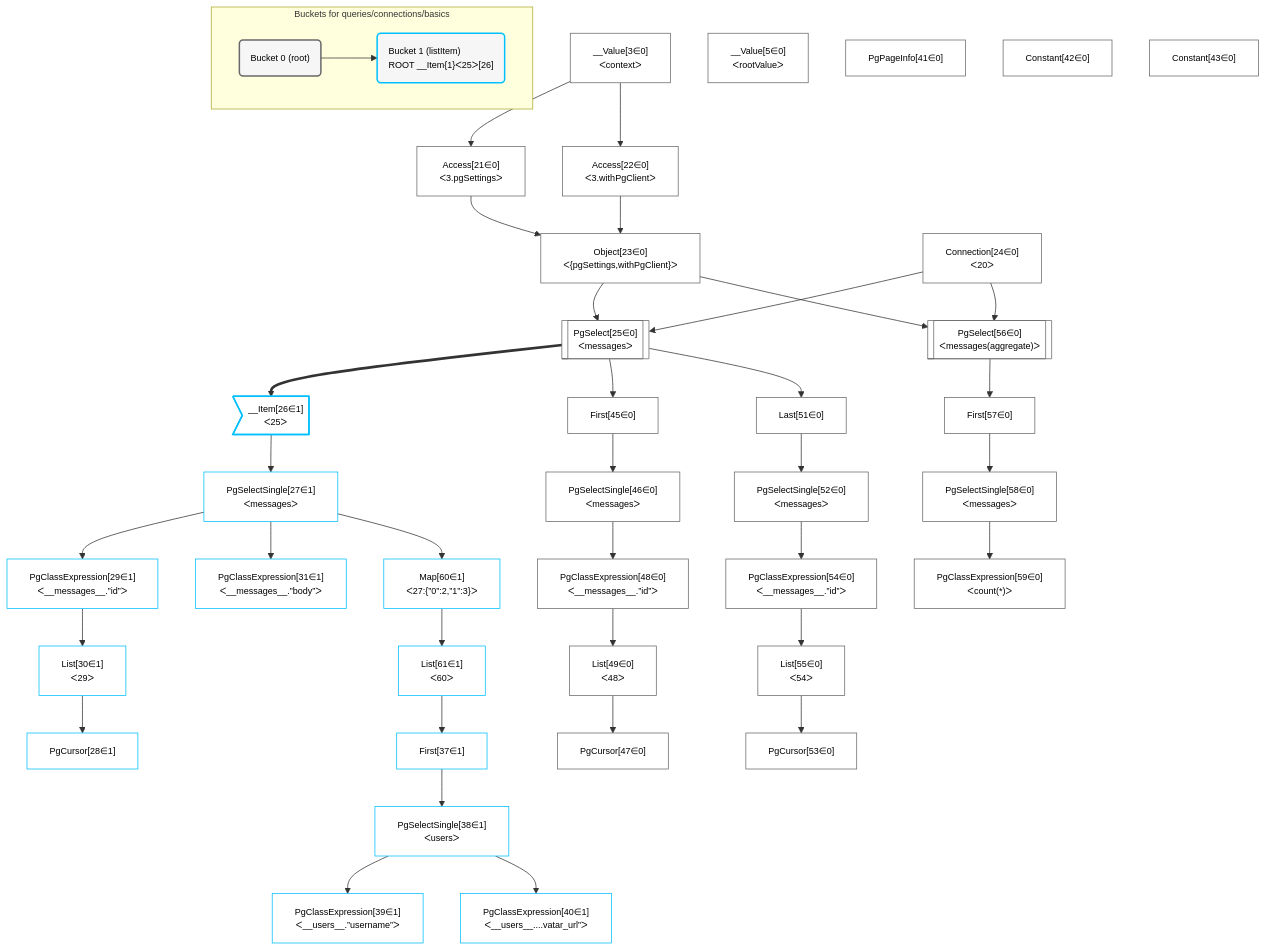
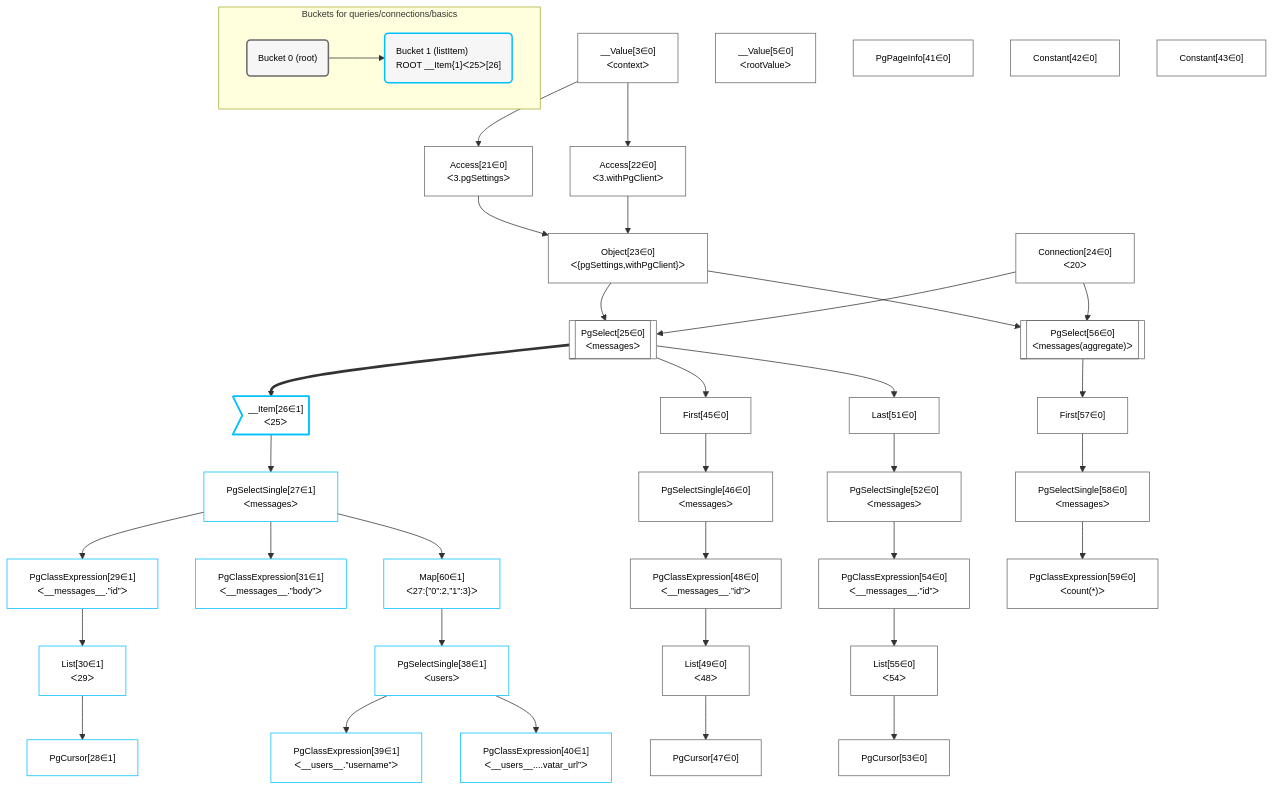
Before and after one commit to graphile/crystal: the diagram in grafast/dataplan-pg/__tests__/queries/connections/basics.mermaid, drawn with Mermaid. The commit also changed 55 other files, not shown here.

Commit message:
Update mermaid diagrams

```diff
--- a/grafast/dataplan-pg/__tests__/queries/connections/basics.mermaid
+++ b/grafast/dataplan-pg/__tests__/queries/connections/basics.mermaid
@@ -1,88 +1,84 @@
 %%{init: {'themeVariables': { 'fontSize': '12px'}}}%%
 graph TD
     classDef path fill:#eee,stroke:#000,color:#000
     classDef plan fill:#fff,stroke-width:1px,color:#000
     classDef itemplan fill:#fff,stroke-width:2px,color:#000
     classDef sideeffectplan fill:#f00,stroke-width:2px,color:#000
     classDef bucket fill:#f6f6f6,color:#000,stroke-width:2px,text-align:left
 
 
     %% define steps
     __Value3["__Value[3∈0]<br />ᐸcontextᐳ"]:::plan
     __Value5["__Value[5∈0]<br />ᐸrootValueᐳ"]:::plan
     Access21["Access[21∈0]<br />ᐸ3.pgSettingsᐳ"]:::plan
     Access22["Access[22∈0]<br />ᐸ3.withPgClientᐳ"]:::plan
     Object23["Object[23∈0]<br />ᐸ{pgSettings,withPgClient}ᐳ"]:::plan
     Connection24["Connection[24∈0]<br />ᐸ20ᐳ"]:::plan
     PgSelect25[["PgSelect[25∈0]<br />ᐸmessagesᐳ"]]:::plan
     __Item26>"__Item[26∈1]<br />ᐸ25ᐳ"]:::itemplan
     PgSelectSingle27["PgSelectSingle[27∈1]<br />ᐸmessagesᐳ"]:::plan
     PgClassExpression29["PgClassExpression[29∈1]<br />ᐸ__messages__.”id”ᐳ"]:::plan
     List30["List[30∈1]<br />ᐸ29ᐳ"]:::plan
     PgCursor28["PgCursor[28∈1]"]:::plan
     PgClassExpression31["PgClassExpression[31∈1]<br />ᐸ__messages__.”body”ᐳ"]:::plan
     Map60["Map[60∈1]<br />ᐸ27:{”0”:2,”1”:3}ᐳ"]:::plan
-    List61["List[61∈1]<br />ᐸ60ᐳ"]:::plan
-    First37["First[37∈1]"]:::plan
     PgSelectSingle38["PgSelectSingle[38∈1]<br />ᐸusersᐳ"]:::plan
     PgClassExpression39["PgClassExpression[39∈1]<br />ᐸ__users__.”username”ᐳ"]:::plan
     PgClassExpression40["PgClassExpression[40∈1]<br />ᐸ__users__....vatar_url”ᐳ"]:::plan
     PgPageInfo41["PgPageInfo[41∈0]"]:::plan
     Constant42["Constant[42∈0]"]:::plan
     Constant43["Constant[43∈0]"]:::plan
     First45["First[45∈0]"]:::plan
     PgSelectSingle46["PgSelectSingle[46∈0]<br />ᐸmessagesᐳ"]:::plan
     PgClassExpression48["PgClassExpression[48∈0]<br />ᐸ__messages__.”id”ᐳ"]:::plan
     List49["List[49∈0]<br />ᐸ48ᐳ"]:::plan
     PgCursor47["PgCursor[47∈0]"]:::plan
     Last51["Last[51∈0]"]:::plan
     PgSelectSingle52["PgSelectSingle[52∈0]<br />ᐸmessagesᐳ"]:::plan
     PgClassExpression54["PgClassExpression[54∈0]<br />ᐸ__messages__.”id”ᐳ"]:::plan
     List55["List[55∈0]<br />ᐸ54ᐳ"]:::plan
     PgCursor53["PgCursor[53∈0]"]:::plan
     PgSelect56[["PgSelect[56∈0]<br />ᐸmessages(aggregate)ᐳ"]]:::plan
     First57["First[57∈0]"]:::plan
     PgSelectSingle58["PgSelectSingle[58∈0]<br />ᐸmessagesᐳ"]:::plan
     PgClassExpression59["PgClassExpression[59∈0]<br />ᐸcount(*)ᐳ"]:::plan
 
     %% plan dependencies
     __Value3 --> Access21
     __Value3 --> Access22
     Access21 & Access22 --> Object23
     Object23 & Connection24 --> PgSelect25
     PgSelect25 ==> __Item26
     __Item26 --> PgSelectSingle27
     PgSelectSingle27 --> PgClassExpression29
     PgClassExpression29 --> List30
     List30 --> PgCursor28
     PgSelectSingle27 --> PgClassExpression31
     PgSelectSingle27 --> Map60
-    Map60 --> List61
-    List61 --> First37
-    First37 --> PgSelectSingle38
+    Map60 --> PgSelectSingle38
     PgSelectSingle38 --> PgClassExpression39
     PgSelectSingle38 --> PgClassExpression40
     PgSelect25 --> First45
     First45 --> PgSelectSingle46
     PgSelectSingle46 --> PgClassExpression48
     PgClassExpression48 --> List49
     List49 --> PgCursor47
     PgSelect25 --> Last51
     Last51 --> PgSelectSingle52
     PgSelectSingle52 --> PgClassExpression54
     PgClassExpression54 --> List55
     List55 --> PgCursor53
     Object23 & Connection24 --> PgSelect56
     PgSelect56 --> First57
     First57 --> PgSelectSingle58
     PgSelectSingle58 --> PgClassExpression59
 
     subgraph "Buckets for queries/connections/basics"
     Bucket0("Bucket 0 (root)"):::bucket
     classDef bucket0 stroke:#696969
     class Bucket0,__Value3,__Value5,Access21,Access22,Object23,Connection24,PgSelect25,PgPageInfo41,Constant42,Constant43,First45,PgSelectSingle46,PgCursor47,PgClassExpression48,List49,Last51,PgSelectSingle52,PgCursor53,PgClassExpression54,List55,PgSelect56,First57,PgSelectSingle58,PgClassExpression59 bucket0
     Bucket1("Bucket 1 (listItem)<br />ROOT __Item{1}ᐸ25ᐳ[26]"):::bucket
     classDef bucket1 stroke:#00bfff
-    class Bucket1,__Item26,PgSelectSingle27,PgCursor28,PgClassExpression29,List30,PgClassExpression31,First37,PgSelectSingle38,PgClassExpression39,PgClassExpression40,Map60,List61 bucket1
+    class Bucket1,__Item26,PgSelectSingle27,PgCursor28,PgClassExpression29,List30,PgClassExpression31,PgSelectSingle38,PgClassExpression39,PgClassExpression40,Map60 bucket1
     Bucket0 --> Bucket1
     end
```
